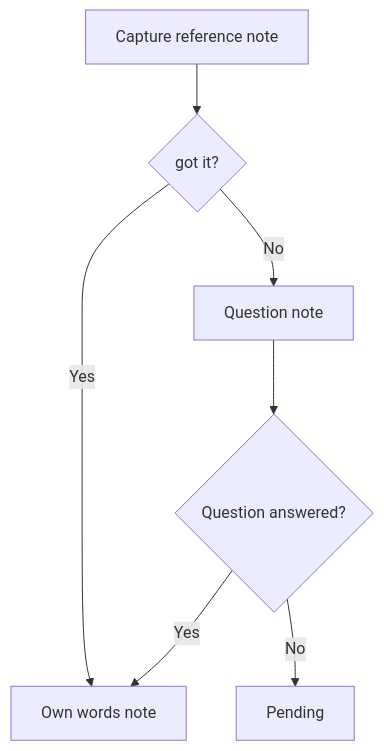
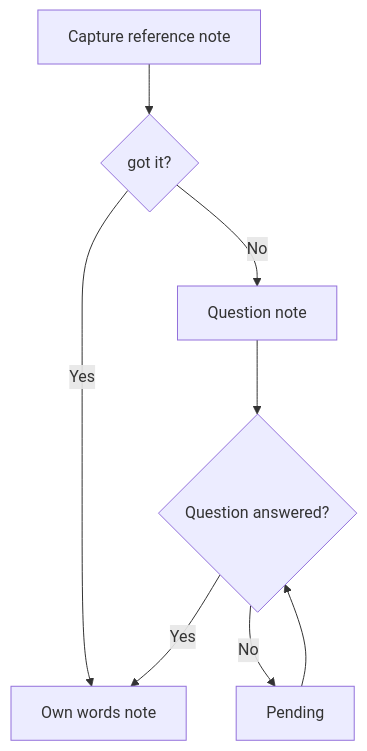
The first of 2 diagrams in RESEARCH.md (VeronicaTeodorof/got_it), drawn with Mermaid before and after one commit. The commit also changed other lines of this file, not shown here.

Commit message:
docs: edit rationale section and correct the first workflow diagram

````diff
--- a/RESEARCH.md
+++ b/RESEARCH.md
@@ -21,9 +18,10 @@
 ```mermaid
 graph TD
     A[Capture reference note] --> B{got it?}
     B -->|Yes| C[Own words note]
     B -->|No| D[Question note]
     D --> F{Question answered?}
     F -->|Yes| C
     F -->|No| G[Pending]
+    G --> F
 ```
````
